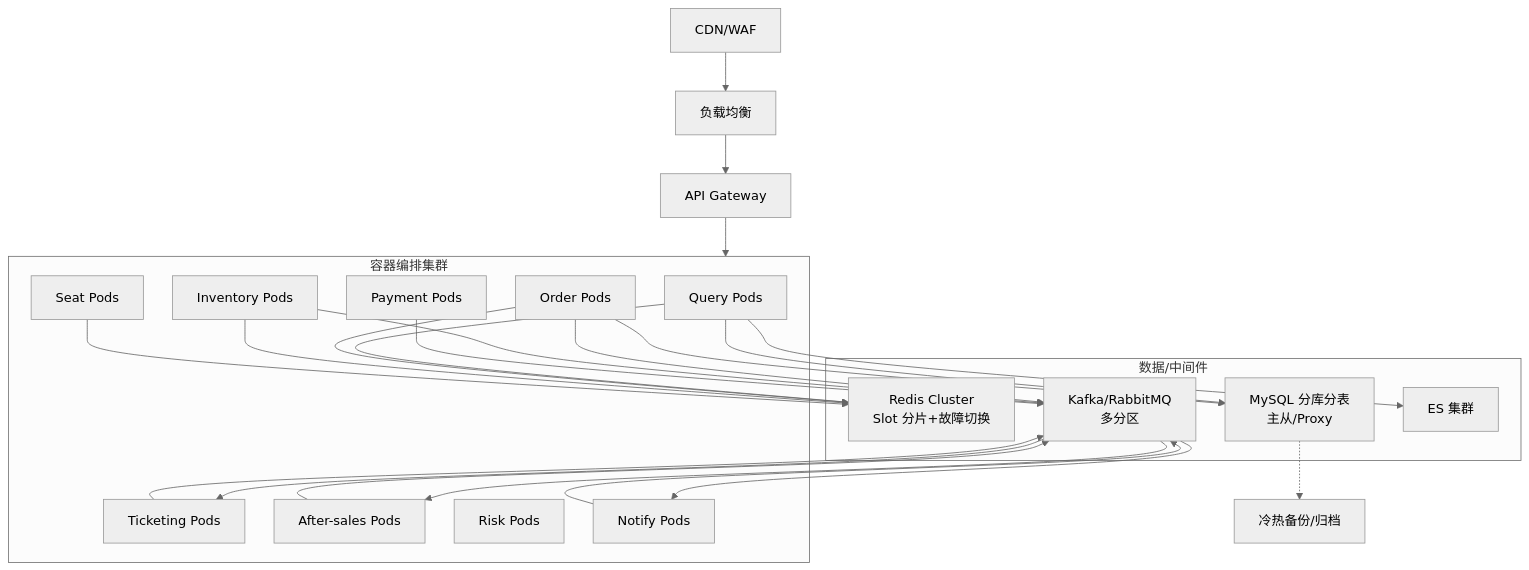
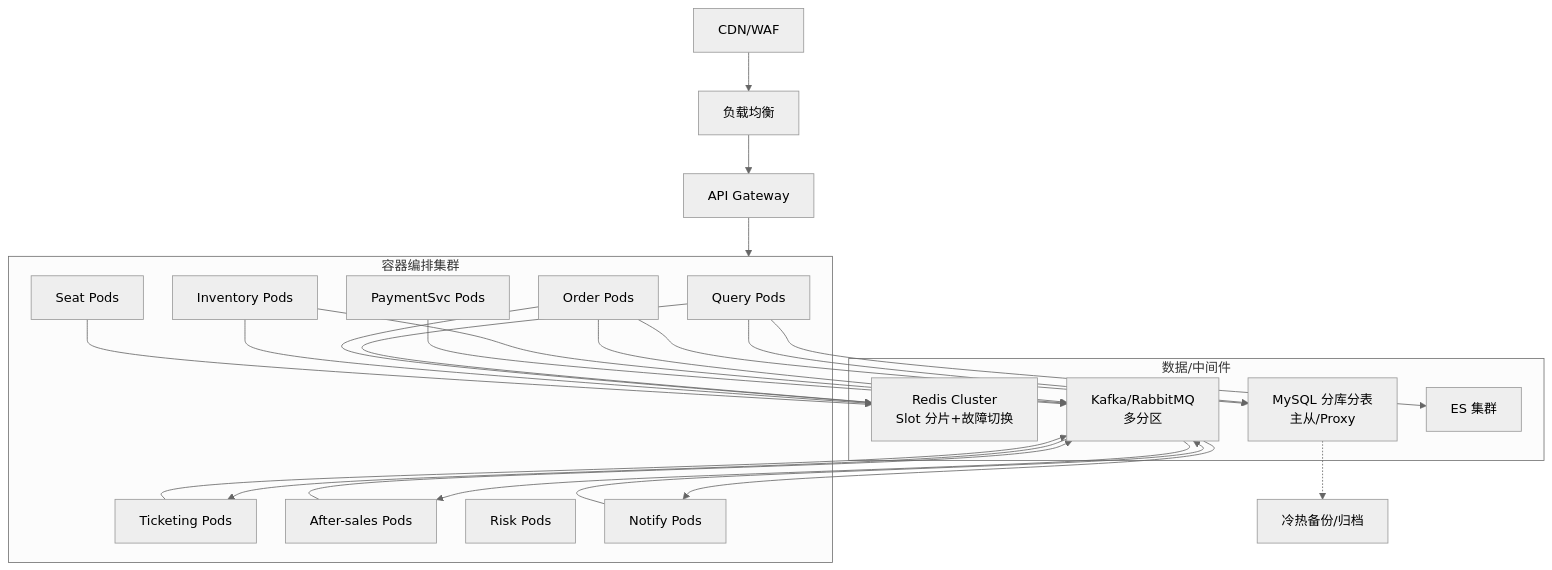
One commit to nextnine/12306 changed the second of 5 diagrams in 12306/architectural_design_v2.md. Above: the diagram before and after it, drawn with Mermaid. The commit also changed other lines of this file and 1 other file, not shown here.

Commit message:
Align payment flows and amount types across docs

````diff
--- a/12306/architectural_design_v2.md
+++ b/12306/architectural_design_v2.md
@@ -161,42 +160,42 @@
 ```mermaid
 %%{init: {'theme':'neutral','flowchart':{'nodeSpacing':36,'rankSpacing':48}}}%%
 flowchart TB
     CDN[CDN/WAF]
     LB[负载均衡]
     GW[API Gateway]
     subgraph K8s[容器编排集群]
       QPod[Query Pods]
       OPod[Order Pods]
       IPod[Inventory Pods]
       SPod[Seat Pods]
-      PPod[Payment Pods]
+    PPod[PaymentSvc Pods]
       TPod[Ticketing Pods]
       APod[After-sales Pods]
       RPod[Risk Pods]
       NPod[Notify Pods]
     end
     subgraph Data[数据/中间件]
       Redis[Redis Cluster\nSlot 分片+故障切换]
       MQ[Kafka/RabbitMQ\n多分区]
       DB[MySQL 分库分表\n主从/Proxy]
       ES[ES 集群]
     end
     CDN --> LB --> GW --> K8s
     QPod --> Redis
     QPod --> DB
     QPod --> ES
     OPod --> Redis
     OPod --> DB
     OPod --> MQ
     IPod --> Redis
     IPod --> MQ
     SPod --> Redis
     PPod --> MQ
     TPod --> MQ
     APod --> MQ
     NPod --> MQ
     MQ --> TPod
     MQ --> APod
     MQ --> NPod
     DB -.-> Backup[冷热备份/归档]
 ```
````
